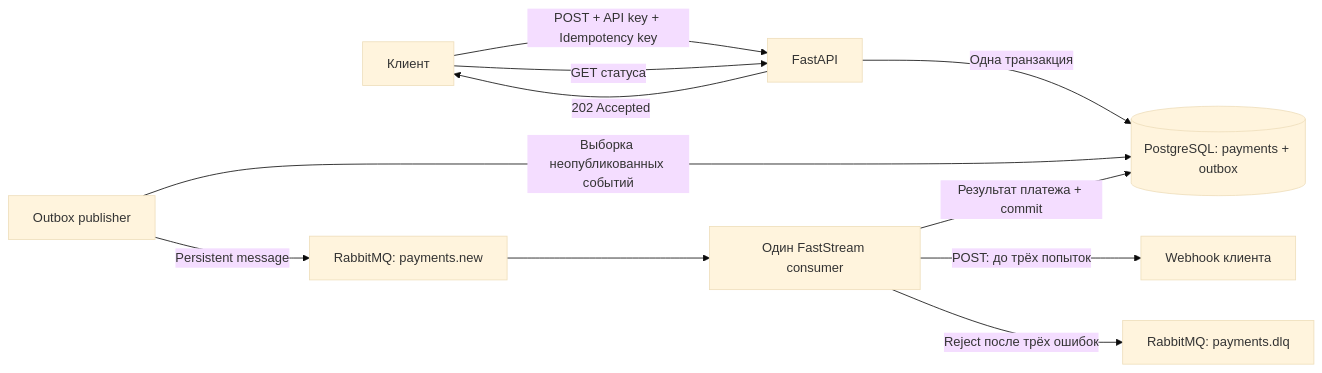
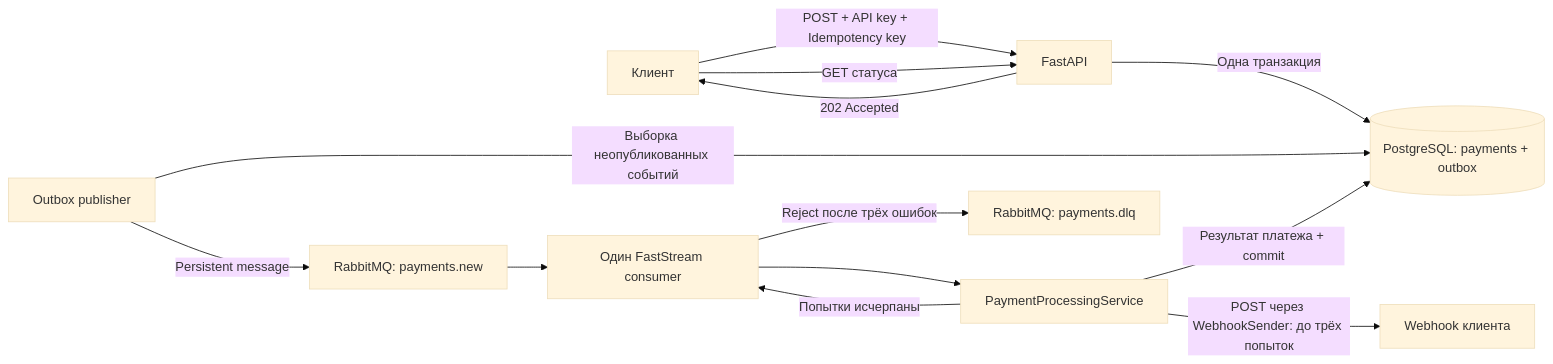
One commit to Chevalier3388/asynchronous_payment_processing_service changed the diagram in README.md. Above: the diagram before and after it, drawn with Mermaid (base theme). The commit also changed other lines of this file and 8 other files, not shown here.

````diff
--- a/README.md
+++ b/README.md
@@ -204,13 +225,15 @@
 ```mermaid
 flowchart LR
     Client[Клиент] -->|POST + API key + Idempotency key| API[FastAPI]
     API -->|Одна транзакция| DB[(PostgreSQL: payments + outbox)]
     API -->|202 Accepted| Client
     Publisher[Outbox publisher] -->|Выборка неопубликованных событий| DB
     Publisher -->|Persistent message| Queue[RabbitMQ: payments.new]
     Queue --> Consumer[Один FastStream consumer]
-    Consumer -->|Результат платежа + commit| DB
-    Consumer -->|POST: до трёх попыток| Webhook[Webhook клиента]
+    Consumer --> Processor[PaymentProcessingService]
+    Processor -->|Результат платежа + commit| DB
+    Processor -->|POST через WebhookSender: до трёх попыток| Webhook[Webhook клиента]
+    Processor -->|Попытки исчерпаны| Consumer
     Consumer -->|Reject после трёх ошибок| DLQ[RabbitMQ: payments.dlq]
     Client -->|GET статуса| API
 ```
````
